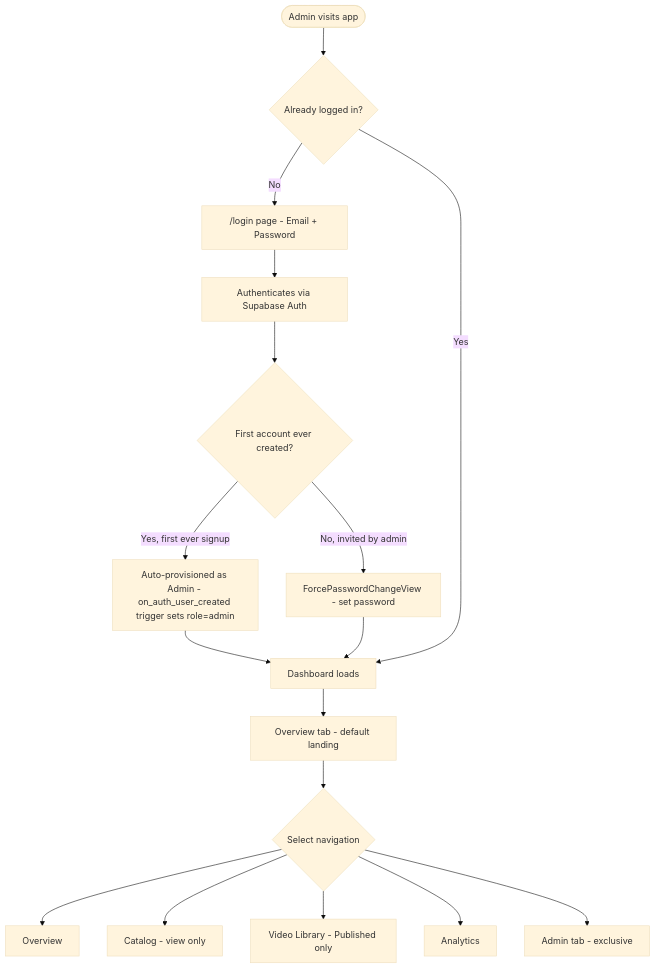
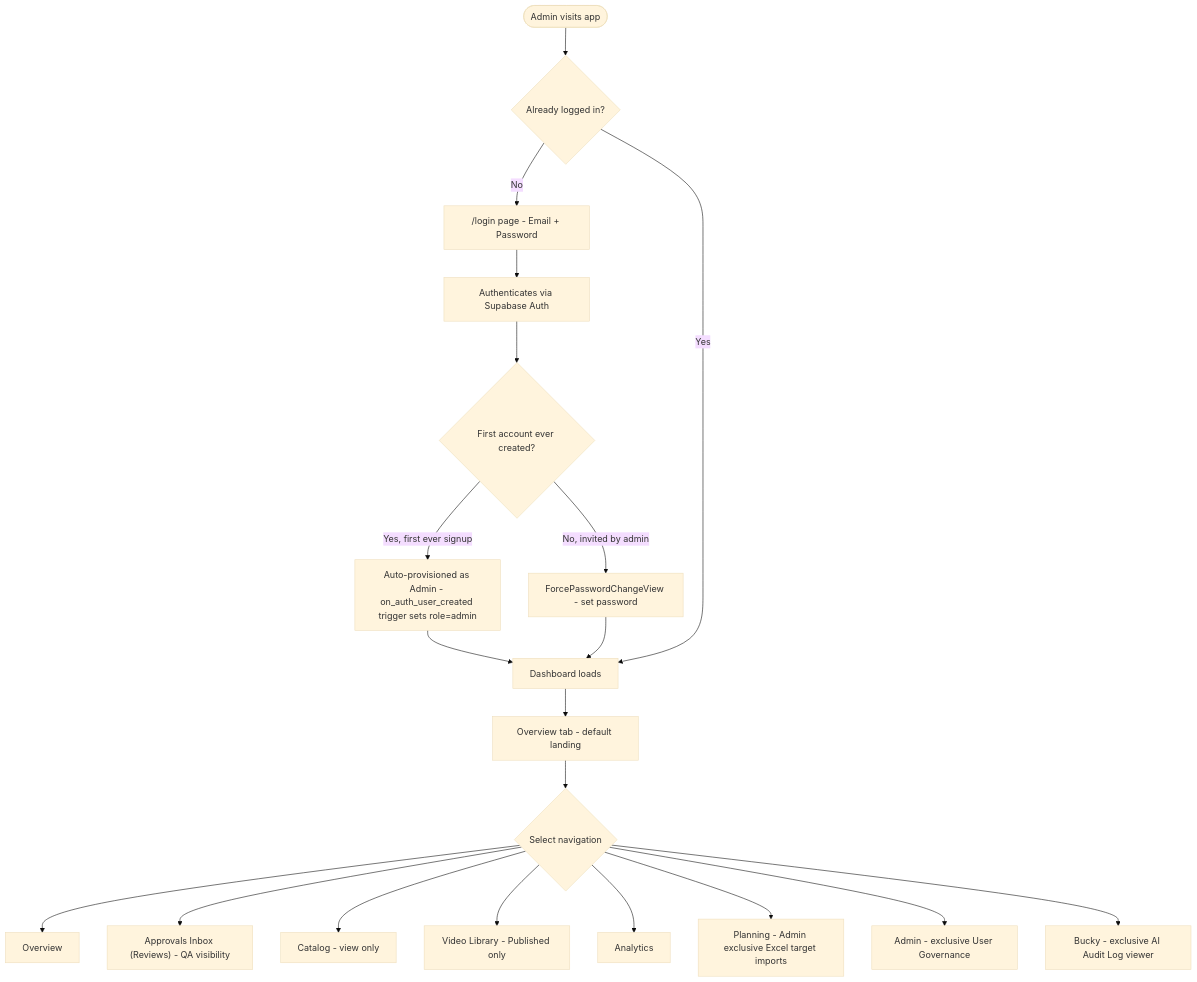
Before and after one commit to Lyduke56/BuckedUp-Dashboard-Lifewood: diagram 14 of 18 in role_workflows.md, drawn with Mermaid (base theme). The commit also changed other lines of this file and 6 other files, not shown here.

````diff
--- a/role_workflows.md
+++ b/role_workflows.md
@@ -590,18 +411,21 @@
 ```mermaid
 flowchart TD
     A([Admin visits app]) --> B{Already logged in?}
     B -- No --> C["/login page - Email + Password"]
     C --> D[Authenticates via Supabase Auth]
     D --> E{First account ever created?}
     E -- "Yes, first ever signup" --> F["Auto-provisioned as Admin - on_auth_user_created trigger sets role=admin"]
     E -- "No, invited by admin" --> G["ForcePasswordChangeView - set password"]
     F & G --> H[Dashboard loads]
     B -- Yes --> H
     H --> I["Overview tab - default landing"]
     I --> J{Select navigation}
     J --> TAB1[Overview]
-    J --> TAB2["Catalog - view only"]
-    J --> TAB3["Video Library - Published only"]
-    J --> TAB4[Analytics]
-    J --> TAB5["Admin tab - exclusive"]
+    J --> TAB2["Approvals Inbox (Reviews) - QA visibility"]
+    J --> TAB3["Catalog - view only"]
+    J --> TAB4["Video Library - Published only"]
+    J --> TAB5[Analytics]
+    J --> TAB6["Planning - Admin exclusive Excel target imports"]
+    J --> TAB7["Admin - exclusive User Governance"]
+    J --> TAB8["Bucky - exclusive AI Audit Log viewer"]
 ```
````
